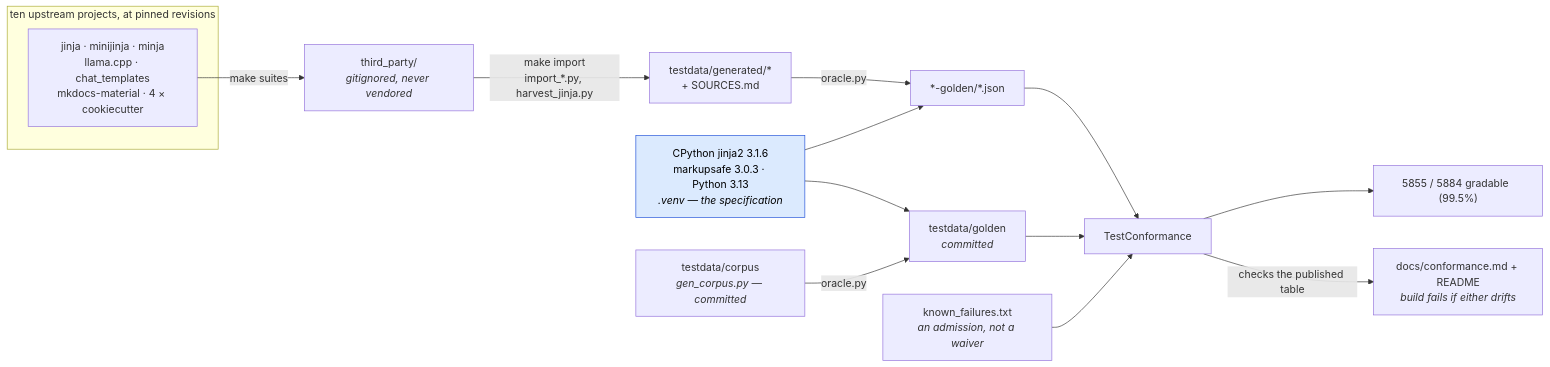
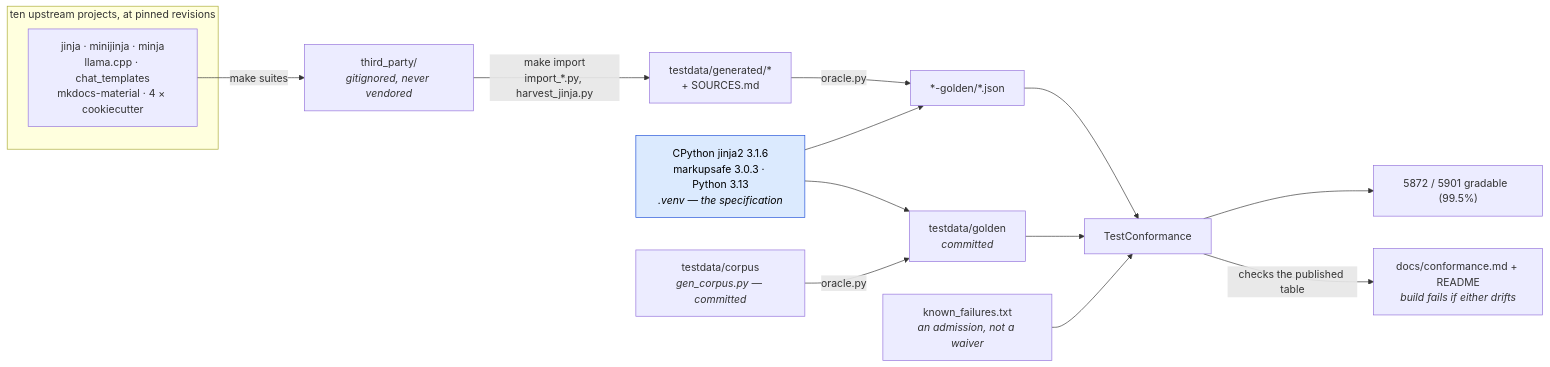
Before and after one commit to mgilbir/gojja2: the first of 2 diagrams in docs/conformance.md, drawn with Mermaid. The commit also changed other lines of this file and 64 other files, not shown here.

````diff
--- a/docs/conformance.md
+++ b/docs/conformance.md
@@ -17,24 +17,24 @@
 ```mermaid
 flowchart LR
     subgraph up["ten upstream projects, at pinned revisions"]
         U1["jinja · minijinja · minja<br/>llama.cpp · chat_templates<br/>mkdocs-material · 4 × cookiecutter"]
     end
     U1 -->|"make suites"| TP["third_party/<br/><i>gitignored, never vendored</i>"]
     TP -->|"make import<br/>import_*.py, harvest_jinja.py"| GEN["testdata/generated/*<br/>+ SOURCES.md"]
 
     ORA["CPython jinja2 3.1.6<br/>markupsafe 3.0.3 · Python 3.13<br/><i>.venv — the specification</i>"]
     GEN -->|"oracle.py"| G2["*-golden/*.json"]
     ORA --> G2
 
     OWN["testdata/corpus<br/><i>gen_corpus.py — committed</i>"] -->|"oracle.py"| G1["testdata/golden<br/><i>committed</i>"]
     ORA --> G1
 
     G1 --> TC["TestConformance"]
     G2 --> TC
     KF["known_failures.txt<br/><i>an admission, not a waiver</i>"] --> TC
-    TC --> RATE["5855 / 5884 gradable  (99.5%)"]
+    TC --> RATE["5872 / 5901 gradable  (99.5%)"]
     TC -->|"checks the published table"| RM["docs/conformance.md + README<br/><i>build fails if either drifts</i>"]
 
     classDef spec fill:#dbeafe,stroke:#1d4ed8,color:#000
     class ORA spec
 ```
````
